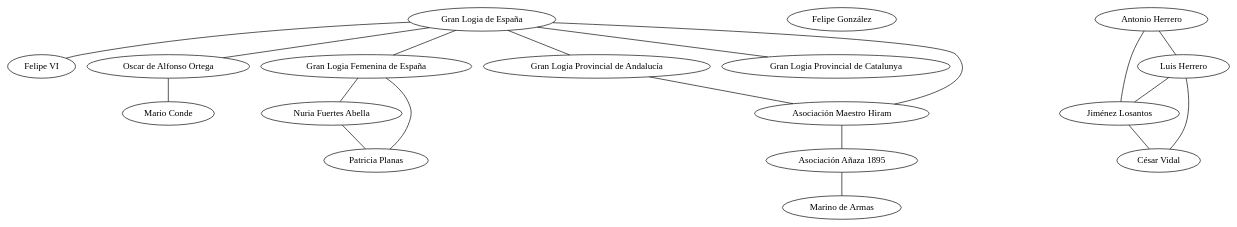
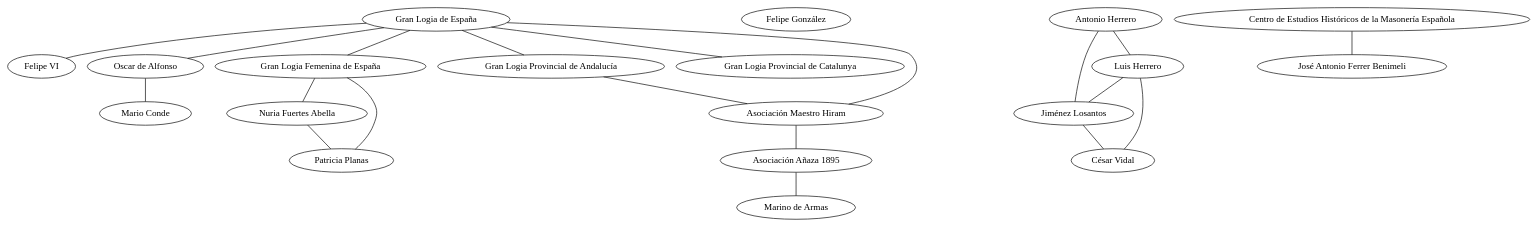
Before and after one commit to tnotstar/tnotdata: the diagram in interchullos/spain.gv, drawn with Graphviz.

Commit message:
added some spanish academics and removed repeated fields

```diff
--- a/interchullos/spain.gv
+++ b/interchullos/spain.gv
@@ -1,128 +1,134 @@
 graph spain {
     subgraph aristocrats {
         fvi1 [
             label="Felipe VI",
             full="Felipe Juan Pablo Alfonso de Todos los Santos de Borbón y Grecia",
             link="https://en.wikipedia.org/wiki/Felipe_VI",
         ];
     };
 
     subgraph politicians {
         style=filled;
         color=lightgrey;
         fgm1 [
             label="Felipe González",
             full="Felipe González Márquez",
             link="https://es.wikipedia.org/wiki/Felipe_Gonz%C3%A1lez",
         ];
     };
 
     subgraph bankers {
         macc1 [
             label="Mario Conde",
             full="Mario Antonio Conde Conde",
             link="https://es.wikipedia.org/wiki/Mario_Conde",
         ];
     };
 
     subgraph journalists {
         ahl1 [
             label="Antonio Herrero",
             full="Antonio Herrero Lima",
             link="https://es.wikipedia.org/wiki/Antonio_Herrero",
         ];
         lfha1 [
             label="Luis Herrero",
             full="Luis Francisco Herrero-Tejedor Algar",
             link="https://es.wikipedia.org/wiki/Luis_Herrero",
         ];
         fjl1 [
             label="Jiménez Losantos",
             full="Federico Jorge Jiménez Losantos",
             link="https://es.wikipedia.org/wiki/Federico_Jim%C3%A9nez_Losantos",
         ];
         cvm1 [
             label="César Vidal",
             full="César Vidal Manzanares",
             link="https://en.wikipedia.org/wiki/C%C3%A9sar_Vidal_Manzanares",
         ];
 
         ahl1 -- lfha1;
         ahl1 -- fjl1;
         lfha1 -- fjl1;
         fjl1 -- cvm1;
         lfha1 -- cvm1;
-    }
+    };
+
+    subgraph academics {
+        jafb1 [
+            label="José Antonio Ferrer Benimeli",
+            link="https://es.wikipedia.org/wiki/Jos%C3%A9_Antonio_Ferrer_Benimeli",
+        ];
+    };
 
     subgraph leaders {
         odao1 [
             label="Oscar de Alfonso",
-            label="Oscar de Alfonso Ortega",
+            full="Oscar de Alfonso Ortega",
             link="https://www.facebook.com/oscar.dealfonsoortega",
         ];
         nfa1 [
             label="Nuria Fuertes Abella",
-            full="Nuria Fuertes Abella",
             link="https://www.facebook.com/nuria.fuertesabella",
         ];
         mdab1 [
             label="Marino de Armas",
             full="Marino de Armas Benitez",
             link="https://www.facebook.com/marino.dearmasbenitez",
         ];
         ppr1 [
             label="Patricia Planas",
             full="Patricia Planas Rufino",
             link="https://www.facebook.com/patricia.planasrufino",
         ];
 
         nfa1 -- ppr1;
     };
 
     subgraph organizations {
         glde1 [
             label="Gran Logia de España",
-            full="Gran Logia de España",
             link="https://gle.org",
         ];
         glfe1 [
             label="Gran Logia Femenina de España",
-            full="Gran Logia Femenina de España",
             link="https://glfe.org",
         ];
         glpa1 [
             label="Gran Logia Provincial de Andalucía",
-            full="Gran Logia Provincial de Andalucía",
             link="https://glpa.es",
         ];
         glpc1 [
             label="Gran Logia Provincial de Catalunya",
-            full="Gran Logia Provincial de Catalunya",
             link="https://granlogiacatalunya.com",
         ];
         amh1 [
             label="Asociación Maestro Hiram",
-            full="Asociación Maestro Hiram",
             link="https://asociacionmaestrohiram.wordpress.com",
         ];
         ana1 [
             label="Asociación Añaza 1895",
             full="Asociación Nacional Añaza 1895",
             link="http://anaza1895.blogspot.com",
+        ];
+        cehme1 [
+            label="Centro de Estudios Históricos de la Masonería Española",
+            link="",
         ];
 
         glde1 -- glfe1;
         glde1 -- glpc1;
         glde1 -- glpa1;
         glde1 -- amh1;
         glpa1 -- amh1;
         amh1 -- ana1;
     };
 
     glde1 -- fvi1;
     glde1 -- odao1;
     glfe1 -- nfa1;
     glfe1 -- ppr1;
     ana1 -- mdab1;
     odao1 -- macc1;
+    cehme1 -- jafb1;
 }
```
